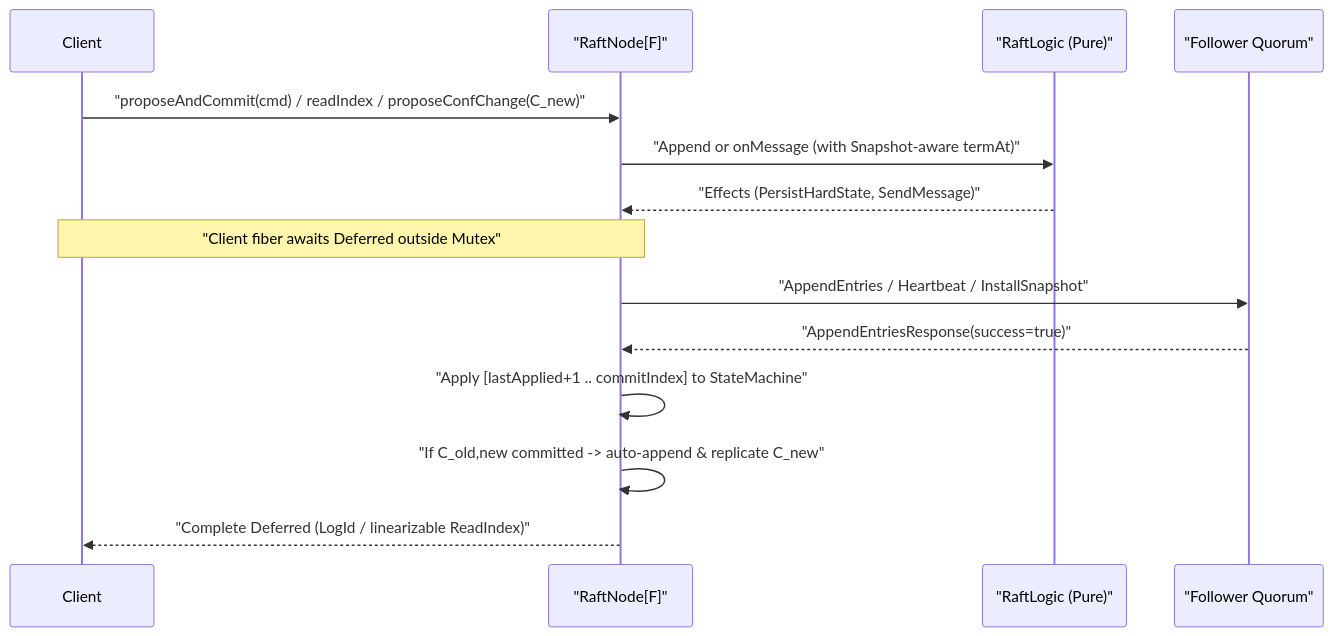
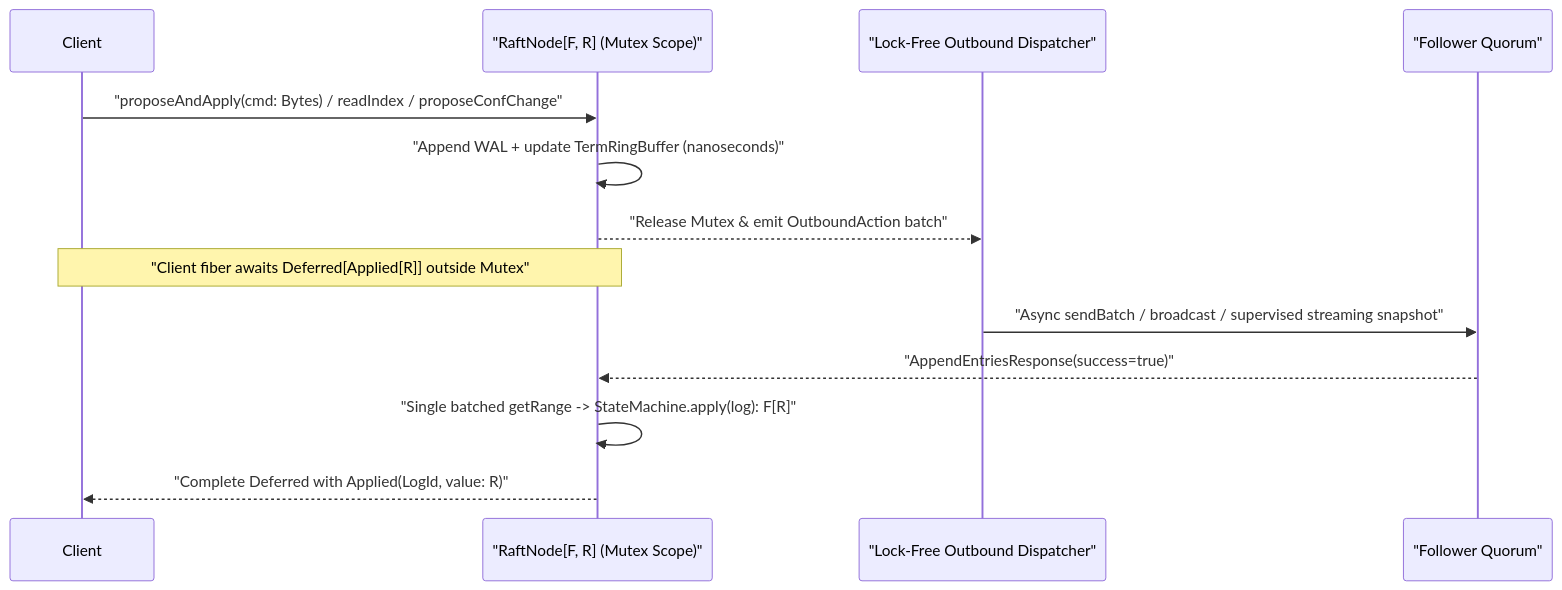
The second of 3 diagrams in docs/book/23-host-system-integration.md (bmscomp/raft), drawn with Mermaid before and after one commit. The commit also changed other lines of this file and 22 other files, not shown here.

Commit message:
refactor(runtime)!: Phase 3 — Typed RaftNode[F, R], Lock-Free Outbound Mailboxes & Streaming Snapshots

````diff
--- a/docs/book/23-host-system-integration.md
+++ b/docs/book/23-host-system-integration.md
@@ -73,17 +73,16 @@
 ```mermaid
 sequenceDiagram
     participant Client
-    participant Node as "RaftNode[F]"
-    participant Logic as "RaftLogic (Pure)"
+    participant Node as "RaftNode[F, R] (Mutex Scope)"
+    participant Out as "Lock-Free Outbound Dispatcher"
     participant Peers as "Follower Quorum"
 
-    Client->>Node: "proposeAndCommit(cmd) / readIndex / proposeConfChange(C_new)"
-    Node->>Logic: "Append or onMessage (with Snapshot-aware termAt)"
-    Logic-->>Node: "Effects (PersistHardState, SendMessage)"
-    Note over Client,Node: "Client fiber awaits Deferred outside Mutex"
-    Node->>Peers: "AppendEntries / Heartbeat / InstallSnapshot"
+    Client->>Node: "proposeAndApply(cmd: Bytes) / readIndex / proposeConfChange"
+    Node->>Node: "Append WAL + update TermRingBuffer (nanoseconds)"
+    Node-->>Out: "Release Mutex & emit OutboundAction batch"
+    Note over Client,Node: "Client fiber awaits Deferred[Applied[R]] outside Mutex"
+    Out->>Peers: "Async sendBatch / broadcast / supervised streaming snapshot"
     Peers-->>Node: "AppendEntriesResponse(success=true)"
-    Node->>Node: "Apply [lastApplied+1 .. commitIndex] to StateMachine"
-    Node->>Node: "If C_old,new committed -> auto-append & replicate C_new"
-    Node-->>Client: "Complete Deferred (LogId / linearizable ReadIndex)"
+    Node->>Node: "Single batched getRange -> StateMachine.apply(log): F[R]"
+    Node-->>Client: "Complete Deferred with Applied(LogId, value: R)"
 ```
````
